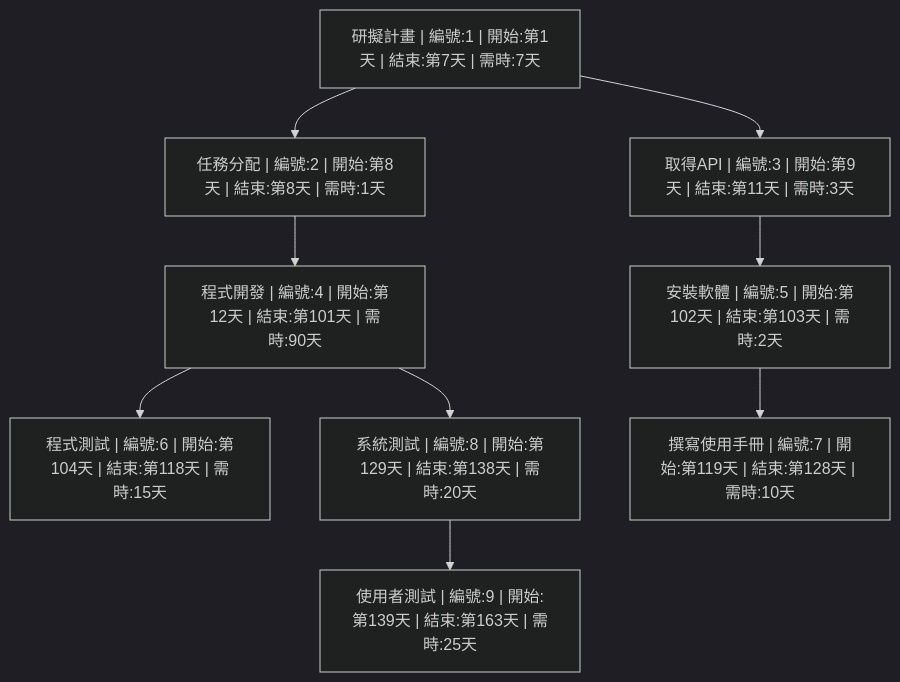
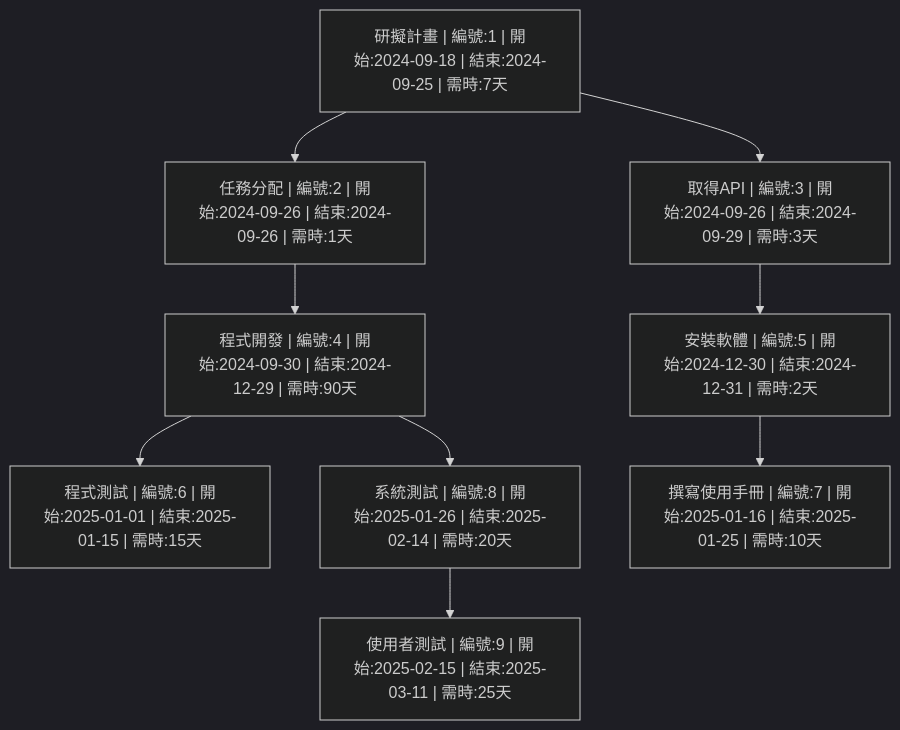
The third of 3 diagrams in 系統分析/team_HW2/HW.md (koreanfish1450/AI-answer-correction), drawn with Mermaid (dark theme) before and after one commit. The commit also changed other lines of this file, not shown here.

````diff
--- a/系統分析/team_HW2/HW.md
+++ b/系統分析/team_HW2/HW.md
@@ -42,15 +41,15 @@
 ```mermaid
-   graph TD
-    no1["研擬計畫 | 編號:1 | 開始:第1天 | 結束:第7天 | 需時:7天"] --> no2["任務分配 | 編號:2 | 開始:第8天 | 結束:第8天 | 需時:1天"]
-    no1 --> no3["取得API | 編號:3 | 開始:第9天 | 結束:第11天 | 需時:3天"]
+graph TD
+    no1["研擬計畫 | 編號:1 | 開始:2024-09-18 | 結束:2024-09-25 | 需時:7天"] --> no2["任務分配 | 編號:2 | 開始:2024-09-26 | 結束:2024-09-26 | 需時:1天"]
+    no1 --> no3["取得API | 編號:3 | 開始:2024-09-26 | 結束:2024-09-29 | 需時:3天"]
 
-    no2 --> no4["程式開發 | 編號:4 | 開始:第12天 | 結束:第101天 | 需時:90天"]
-    no3 --> no5["安裝軟體 | 編號:5 | 開始:第102天 | 結束:第103天 | 需時:2天"]
+    no2 --> no4["程式開發 | 編號:4 | 開始:2024-09-30 | 結束:2024-12-29 | 需時:90天"]
+    no3 --> no5["安裝軟體 | 編號:5 | 開始:2024-12-30 | 結束:2024-12-31 | 需時:2天"]
 
-    no4 --> no6["程式測試 | 編號:6 | 開始:第104天 | 結束:第118天 | 需時:15天"]
-    no5 --> no7["撰寫使用手冊 | 編號:7 | 開始:第119天 | 結束:第128天 | 需時:10天"]
-    no4 --> no8["系統測試 | 編號:8 | 開始:第129天 | 結束:第138天 | 需時:20天"]
+    no4 --> no6["程式測試 | 編號:6 | 開始:2025-01-01 | 結束:2025-01-15 | 需時:15天"]
+    no5 --> no7["撰寫使用手冊 | 編號:7 | 開始:2025-01-16 | 結束:2025-01-25 | 需時:10天"]
+    no4 --> no8["系統測試 | 編號:8 | 開始:2025-01-26 | 結束:2025-02-14 | 需時:20天"]
 
-    no8 --> no9["使用者測試 | 編號:9 | 開始:第139天 | 結束:第163天 | 需時:25天"]
+    no8 --> no9["使用者測試 | 編號:9 | 開始:2025-02-15 | 結束:2025-03-11 | 需時:25天"]
 
 ```
````
